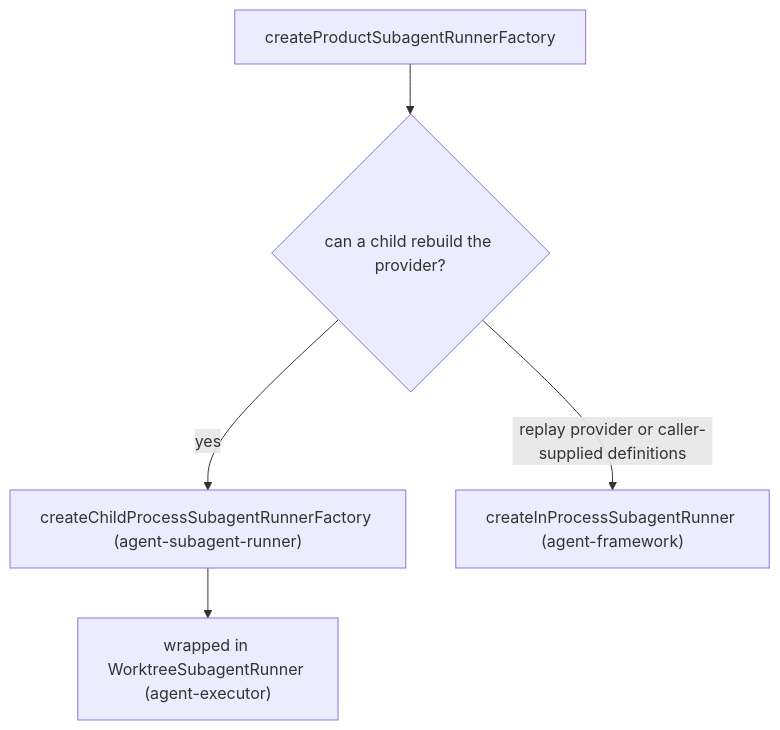
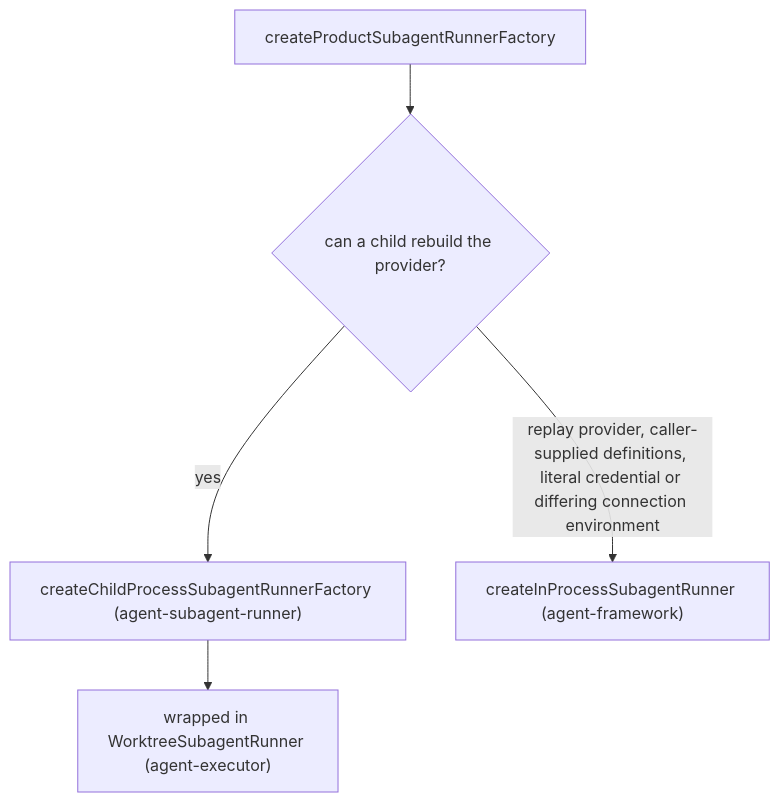
Before and after one commit to woojubb/robota: the first of 2 diagrams in packages/agent-cli/docs/design/subagent-wiring.md, drawn with Mermaid. The commit also changed other lines of this file and 152 other files, not shown here.

````diff
--- a/packages/agent-cli/docs/design/subagent-wiring.md
+++ b/packages/agent-cli/docs/design/subagent-wiring.md
@@ -54,7 +55,7 @@
 ```mermaid
 flowchart TD
     A["createProductSubagentRunnerFactory"] --> B{"can a child rebuild the provider?"}
     B -->|"yes"| C["createChildProcessSubagentRunnerFactory (agent-subagent-runner)"]
-    B -->|"replay provider or caller-supplied definitions"| D["createInProcessSubagentRunner (agent-framework)"]
+    B -->|"replay provider, caller-supplied definitions, literal credential or differing connection environment"| D["createInProcessSubagentRunner (agent-framework)"]
     C --> E["wrapped in WorktreeSubagentRunner (agent-executor)"]
 ```
````
